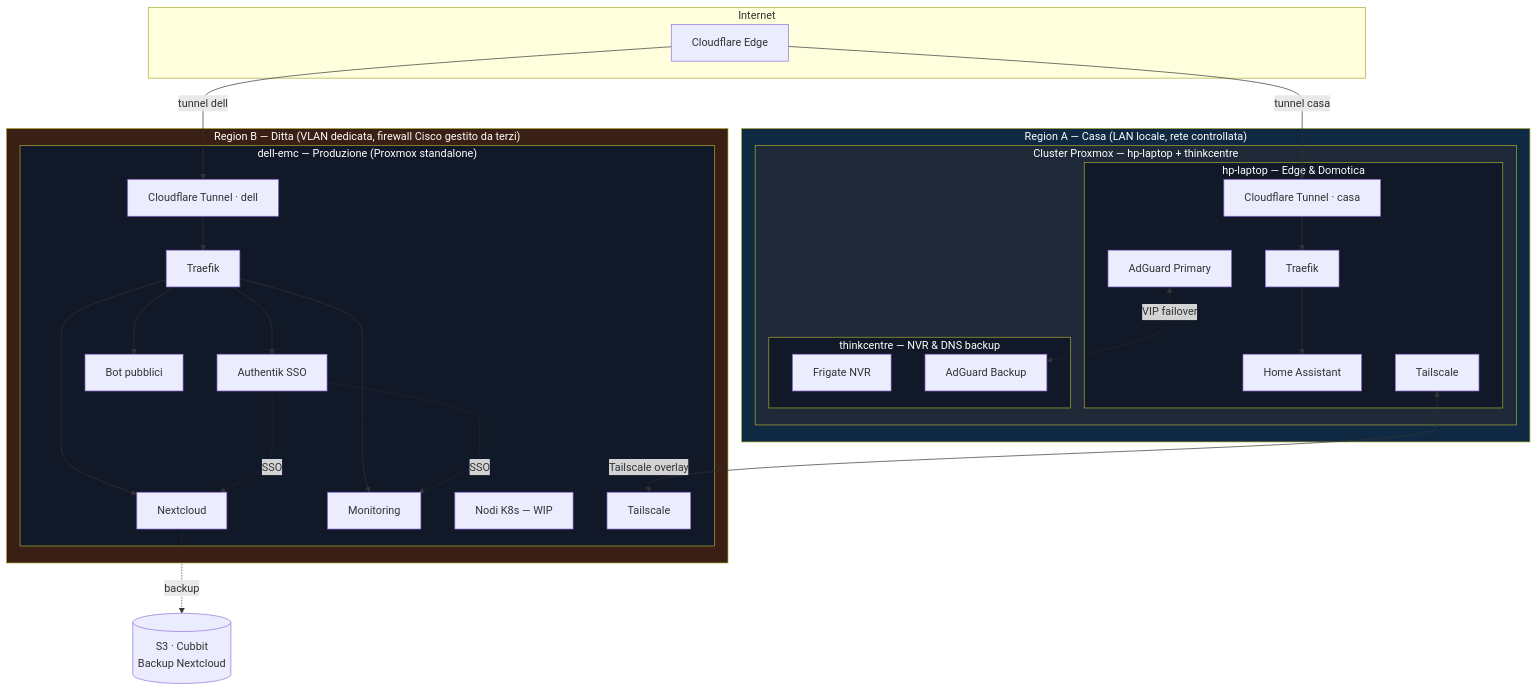
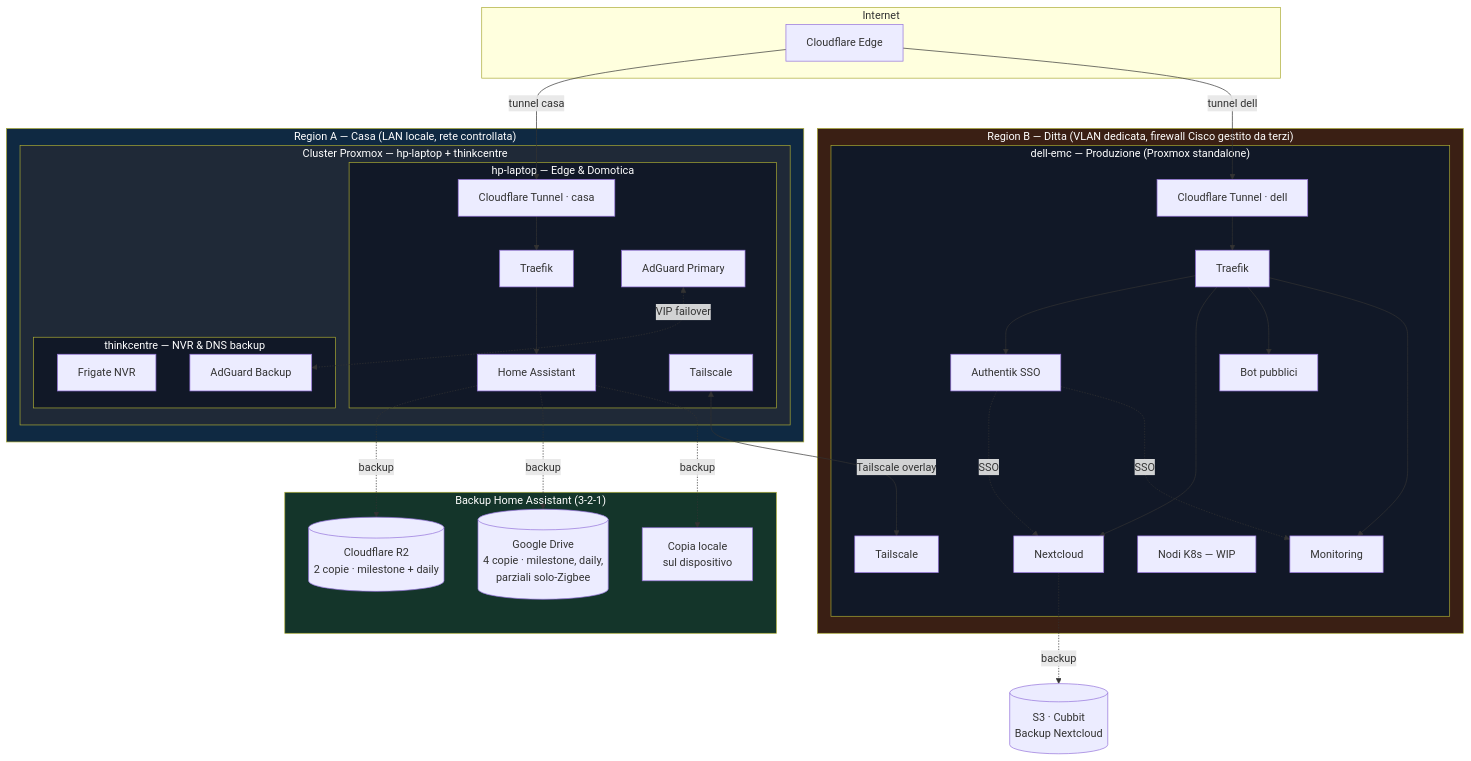
One commit to gorlix/homelab changed the diagram in README.md. Above: the diagram before and after it, drawn with Mermaid. The commit also changed other lines of this file and 1 other file, not shown here.

Commit message:
docs: aggiungi strategia di backup di Home Assistant
Aggiorna il grafo dell'architettura e il testo con il backup 3-2-1 dell'hub
domotico su destinazioni multiple: Cloudflare R2 (milestone + daily),
Google Drive (milestone, daily e parziali solo-Zigbee) e copia locale sul
dispositivo. Riflette lo stesso fatto anche nel contesto di CLAUDE.md.

Bozza redatta con assistenza di Claude (Anthropic), rivista e curata dall'autore.

````diff
--- a/README.md
+++ b/README.md
@@ -55,59 +55,69 @@
 ```mermaid
 flowchart TB
     subgraph Internet
         CF[Cloudflare Edge]
     end
 
     subgraph RegA["Region A — Casa (LAN locale, rete controllata)"]
         subgraph PVE["Cluster Proxmox — hp-laptop + thinkcentre"]
             subgraph HP["hp-laptop — Edge & Domotica"]
                 CFA[Cloudflare Tunnel · casa]
                 TRA[Traefik]
                 HA[Home Assistant]
                 AG1[AdGuard Primary]
                 TS1[Tailscale]
             end
             subgraph TC["thinkcentre — NVR & DNS backup"]
                 FR[Frigate NVR]
                 AG2[AdGuard Backup]
             end
         end
     end
 
     subgraph RegB["Region B — Ditta (VLAN dedicata, firewall Cisco gestito da terzi)"]
         subgraph DELL["dell-emc — Produzione (Proxmox standalone)"]
             CFB[Cloudflare Tunnel · dell]
             TRB[Traefik]
             AUTH[Authentik SSO]
             NC[Nextcloud]
             BOTS[Bot pubblici]
             MON[Monitoring]
             K8S[Nodi K8s — WIP]
             TS2[Tailscale]
         end
     end
 
     S3[(S3 · Cubbit<br/>Backup Nextcloud)]
 
+    subgraph HABK["Backup Home Assistant (3-2-1)"]
+        R2[(Cloudflare R2<br/>2 copie · milestone + daily)]
+        GD[(Google Drive<br/>4 copie · milestone, daily,<br/>parziali solo-Zigbee)]
+        LOCAL[Copia locale<br/>sul dispositivo]
+    end
+
     CF -->|tunnel casa| CFA
     CF -->|tunnel dell| CFB
     CFA --> TRA
     TRA --> HA
     CFB --> TRB
     TRB --> AUTH
     TRB --> NC
     TRB --> BOTS
     TRB --> MON
     AUTH -.SSO.-> NC
     AUTH -.SSO.-> MON
     NC -.backup.-> S3
+    HA -.backup.-> R2
+    HA -.backup.-> GD
+    HA -.backup.-> LOCAL
     AG1 <-.->|VIP failover| AG2
     TS1 <-->|Tailscale overlay| TS2
 
     style RegA fill:#0f2942,color:#fff
     style RegB fill:#3a1f14,color:#fff
     style PVE fill:#1f2937,color:#fff
     style HP fill:#111827,color:#fff
     style TC fill:#111827,color:#fff
     style DELL fill:#111827,color:#fff
+    style HABK fill:#14352a,color:#fff
 ```
````
